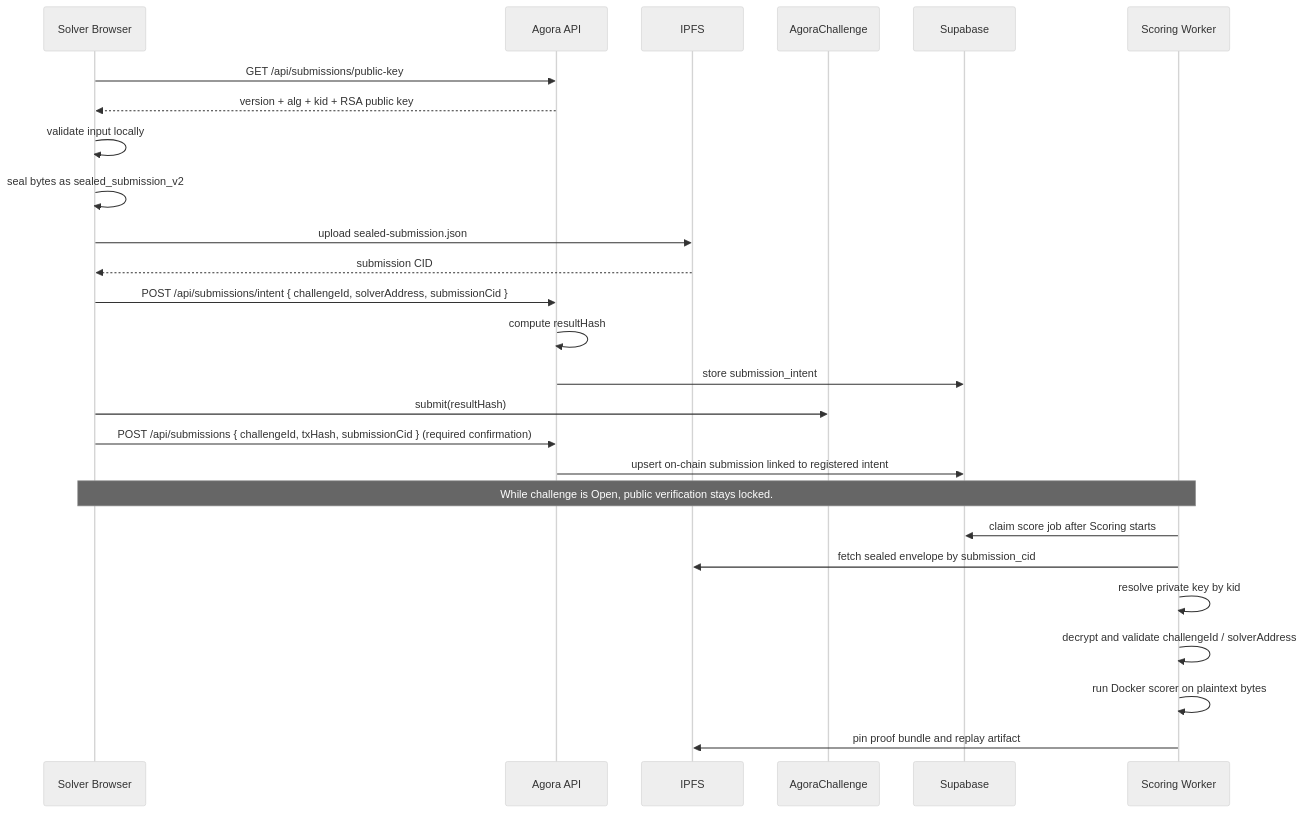
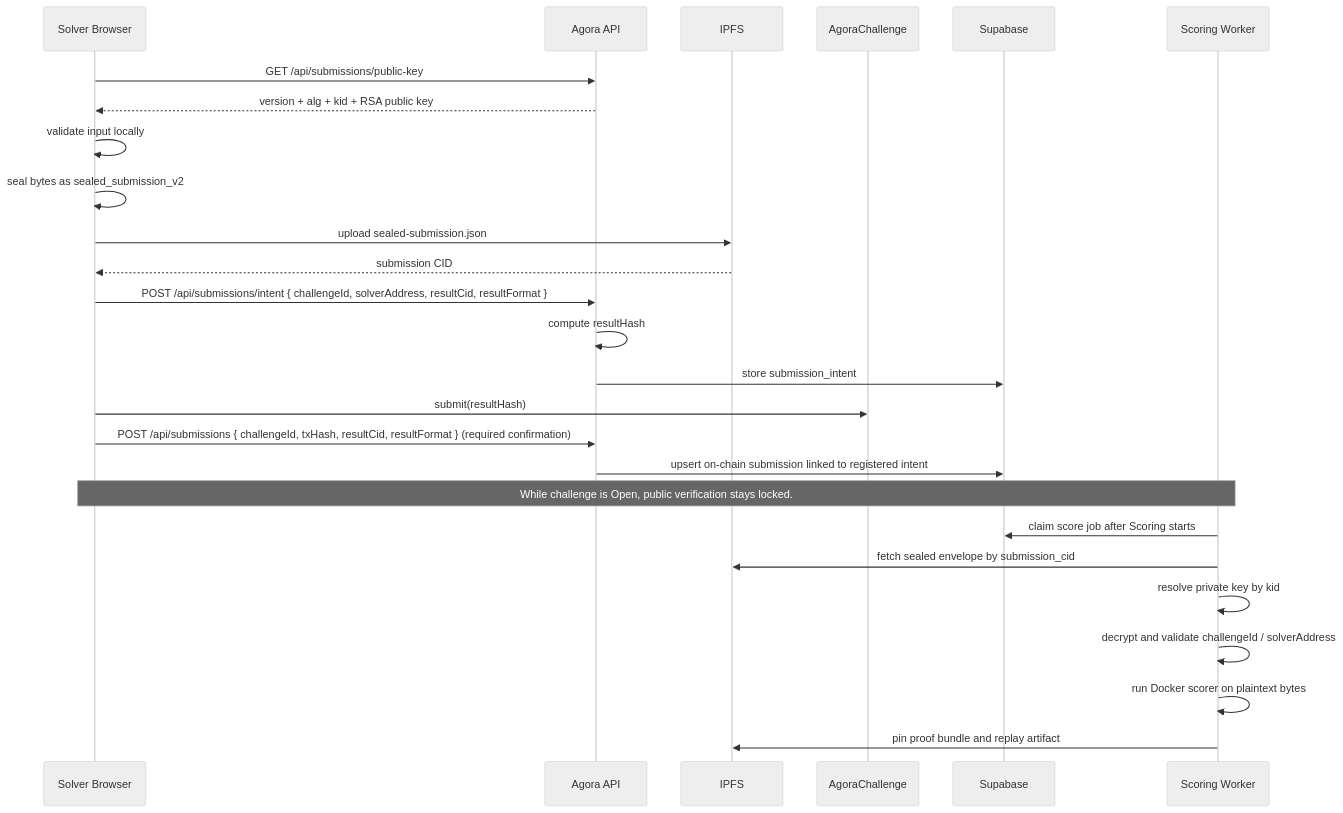
Before and after one commit to andymolecule/Hermes: the diagram in docs/submission-privacy.md, drawn with Mermaid (neutral theme). The commit also changed other lines of this file and 166 other files, not shown here.

Commit message:
Hard-cut machine contract cleanup and runtime schema enforcement

````diff
--- a/docs/submission-privacy.md
+++ b/docs/submission-privacy.md
@@ -115,31 +122,31 @@
 ```mermaid
 sequenceDiagram
     participant Solver as Solver Browser
     participant API as Agora API
     participant IPFS as IPFS
     participant Chain as AgoraChallenge
     participant DB as Supabase
     participant Worker as Scoring Worker
 
     Solver->>API: GET /api/submissions/public-key
     API-->>Solver: version + alg + kid + RSA public key
     Solver->>Solver: validate input locally
     Solver->>Solver: seal bytes as sealed_submission_v2
     Solver->>IPFS: upload sealed-submission.json
     IPFS-->>Solver: submission CID
-    Solver->>API: POST /api/submissions/intent { challengeId, solverAddress, submissionCid }
+    Solver->>API: POST /api/submissions/intent { challengeId, solverAddress, resultCid, resultFormat }
     API->>API: compute resultHash
     API->>DB: store submission_intent
     Solver->>Chain: submit(resultHash)
-    Solver->>API: POST /api/submissions { challengeId, txHash, submissionCid } (required confirmation)
+    Solver->>API: POST /api/submissions { challengeId, txHash, resultCid, resultFormat } (required confirmation)
     API->>DB: upsert on-chain submission linked to registered intent
 
     Note over Solver,Worker: While challenge is Open, public verification stays locked.
 
     Worker->>DB: claim score job after Scoring starts
     Worker->>IPFS: fetch sealed envelope by submission_cid
     Worker->>Worker: resolve private key by kid
     Worker->>Worker: decrypt and validate challengeId / solverAddress
     Worker->>Worker: run Docker scorer on plaintext bytes
     Worker->>IPFS: pin proof bundle and replay artifact
 ```
````
